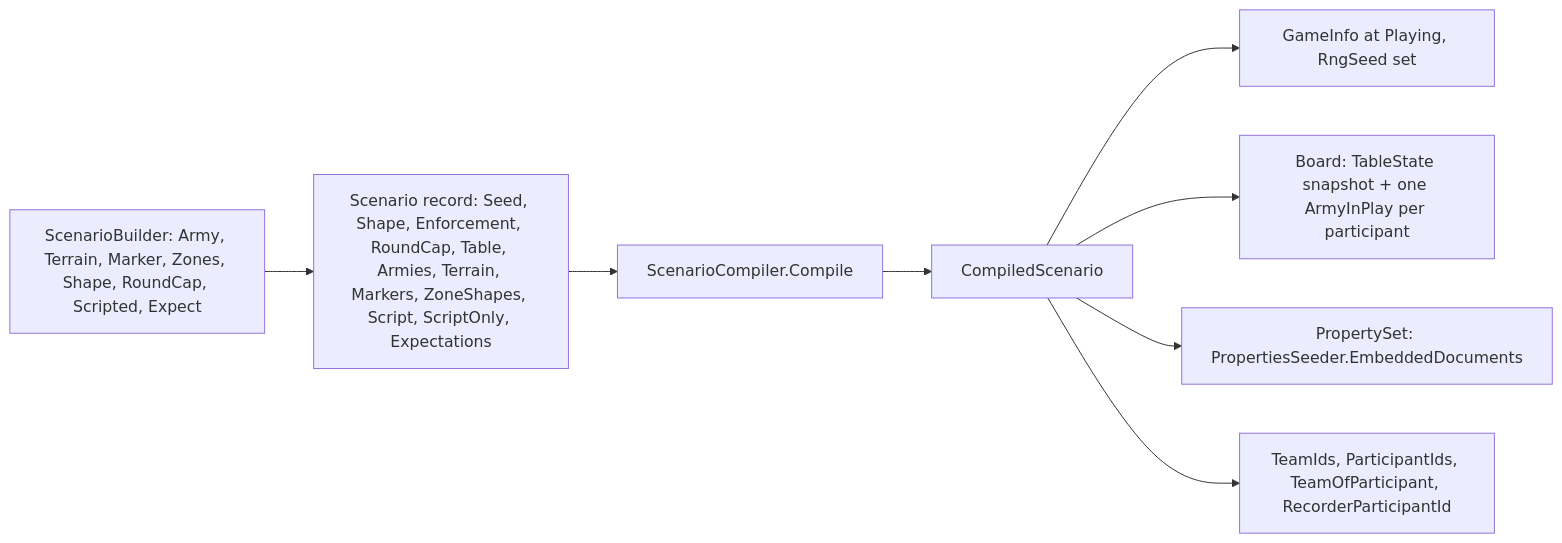
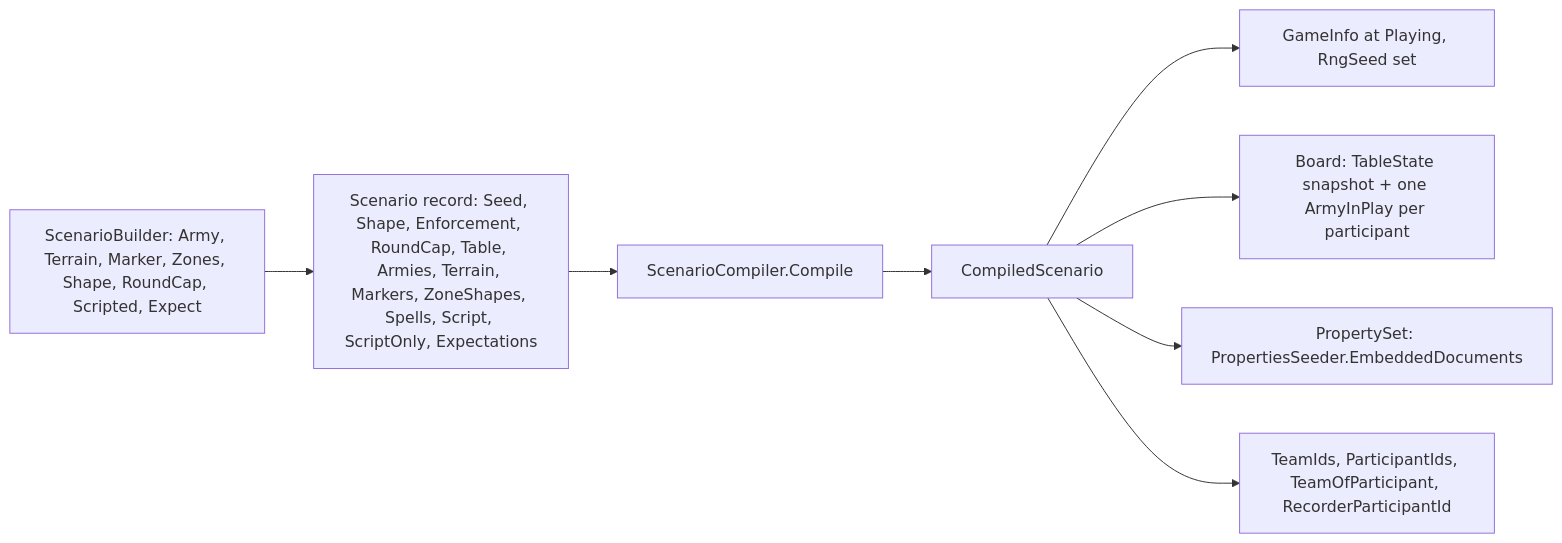
One commit to cstupi/tabletop changed the second of 11 diagrams in docs/design/simulation/design.md. Above: the diagram before and after it, drawn with Mermaid. The commit also changed other lines of this file and 19 other files, not shown here.

````diff
--- a/docs/design/simulation/design.md
+++ b/docs/design/simulation/design.md
@@ -155,17 +155,17 @@
 ```mermaid
 flowchart LR
     Builder["ScenarioBuilder: Army, Terrain, Marker, Zones, Shape, RoundCap, Scripted, Expect"]
-    Scenario["Scenario record: Seed, Shape, Enforcement, RoundCap, Table, Armies, Terrain, Markers, ZoneShapes, Script, ScriptOnly, Expectations"]
+    Scenario["Scenario record: Seed, Shape, Enforcement, RoundCap, Table, Armies, Terrain, Markers, ZoneShapes, Spells, Script, ScriptOnly, Expectations"]
     Compiler["ScenarioCompiler.Compile"]
     Compiled["CompiledScenario"]
     Info["GameInfo at Playing, RngSeed set"]
     Board["Board: TableState snapshot + one ArmyInPlay per participant"]
     Props["PropertySet: PropertiesSeeder.EmbeddedDocuments"]
     Ids["TeamIds, ParticipantIds, TeamOfParticipant, RecorderParticipantId"]
 
     Builder --> Scenario --> Compiler --> Compiled
     Compiled --> Info
     Compiled --> Board
     Compiled --> Props
     Compiled --> Ids
 ```
````
